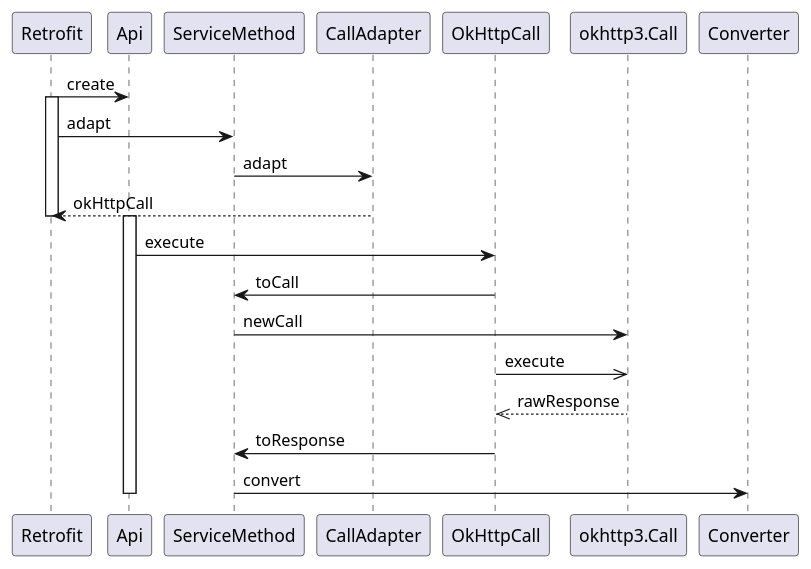
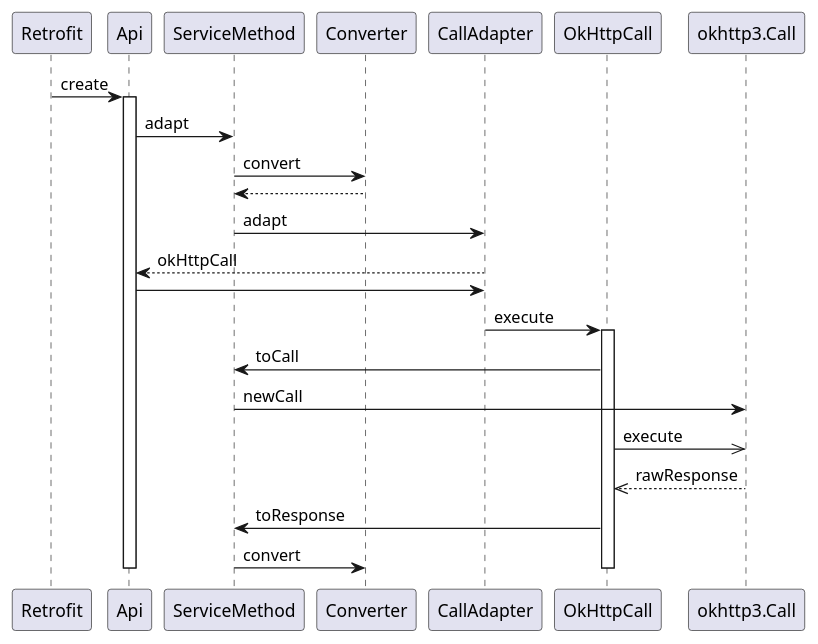
The diagram in retrofit.puml (booqin/retrofit), drawn with PlantUML before and after one commit.

Commit message:
完善时序图

```diff
--- a/retrofit.puml
+++ b/retrofit.puml
@@ -1,33 +1,41 @@
 @startuml
 
 Retrofit -> Api: create
 
-activate Retrofit
 
-Retrofit -> ServiceMethod:adapt
+
+activate Api
+
+Api -> ServiceMethod:adapt
+
+ServiceMethod -> Converter:convert
+
+ServiceMethod <-- Converter
 
 ServiceMethod -> CallAdapter:adapt
 
-Retrofit <-- CallAdapter:okHttpCall
+Api <-- CallAdapter:okHttpCall
 
-deactivate Retrofit
+Api -> CallAdapter
 
-activate Api
+CallAdapter -> OkHttpCall:execute
 
-Api -> OkHttpCall:execute
+activate OkHttpCall
 
 OkHttpCall -> ServiceMethod:toCall
 
 ServiceMethod -> okhttp3.Call: newCall
 
 OkHttpCall ->> okhttp3.Call: execute
 
 OkHttpCall <<-- okhttp3.Call:rawResponse
 
 OkHttpCall -> ServiceMethod:toResponse
 
 ServiceMethod -> Converter:convert
 
+deactivate OkHttpCall
+
 deactivate Api
 
 @enduml
```
